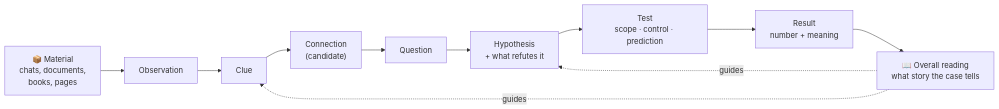
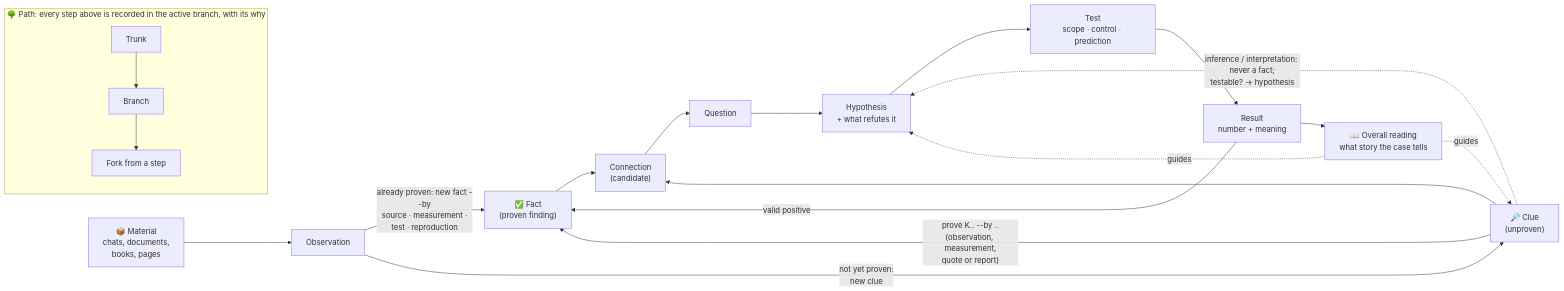
Before and after one commit to jhonymiler/holmes: the first of 2 diagrams in README.md, drawn with Mermaid. The commit also changed other lines of this file and 74 other files, not shown here.

````diff
--- a/README.md
+++ b/README.md
@@ -45,13 +46,21 @@
 ```mermaid
 flowchart LR
     M["📦 Material<br/>chats, documents,<br/>books, pages"] --> OB["Observation"]
-    OB --> PI["Clue"]
+    OB -- "already proven: new fact --by<br/>source · measurement ·<br/>test · reproduction" --> FA["✅ Fact<br/>(proven finding)"]
+    OB -- "not yet proven:<br/>new clue" --> PI["🔎 Clue<br/>(unproven)"]
+    PI -- "prove K.. --by ..<br/>(observation, measurement,<br/>quote or report)" --> FA
     PI --> CO["Connection<br/>(candidate)"]
+    FA --> CO
     CO --> Q["Question"]
     Q --> H["Hypothesis<br/>+ what refutes it"]
+    PI -. "inference / interpretation: never a fact;<br/>testable? → hypothesis" .-> H
     H --> T["Test<br/>scope · control · prediction"]
     T --> R["Result<br/>number + meaning"]
+    R -- "valid positive" --> FA
     R --> L["📖 Overall reading<br/>what story the case tells"]
     L -. guides .-> PI
     L -. guides .-> H
+    subgraph PATH["🌳 Path: every step above is recorded in the active branch, with its why"]
+        B1["Trunk"] --> B2["Branch"] --> B3["Fork from a step"]
+    end
 ```
````
